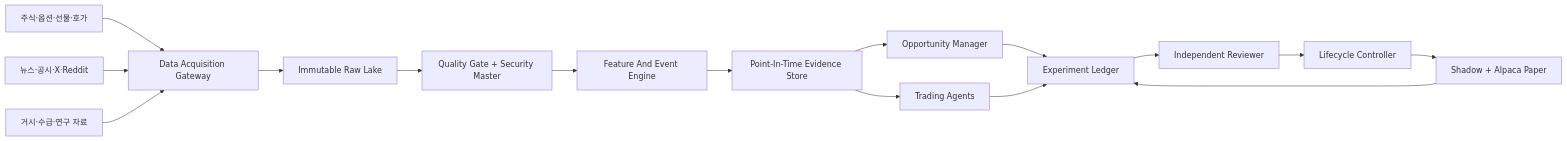
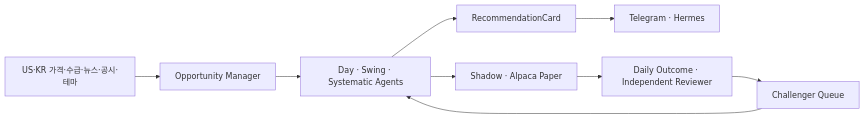
One commit to kysk2295/trading-recommendation-agent changed the diagram in README.md. Above: the diagram before and after it, drawn with Mermaid. The commit also changed other lines of this file and 3 other files, not shown here.

````diff
--- a/README.md
+++ b/README.md
@@ -25,18 +43,11 @@
 ```mermaid
 flowchart LR
-    A["주식·옵션·선물·호가"] --> G["Data Acquisition Gateway"]
-    B["뉴스·공시·X·Reddit"] --> G
-    C["거시·수급·연구 자료"] --> G
-    G --> R["Immutable Raw Lake"]
-    R --> N["Quality Gate + Security Master"]
-    N --> F["Feature And Event Engine"]
-    F --> P["Point-In-Time Evidence Store"]
-    P --> O["Opportunity Manager"]
-    P --> T["Trading Agents"]
-    O --> E["Experiment Ledger"]
-    T --> E
-    E --> V["Independent Reviewer"]
-    V --> L["Lifecycle Controller"]
-    L --> X["Shadow + Alpaca Paper"]
-    X --> E
+    D["US·KR 가격·수급·뉴스·공시·테마"] --> O["Opportunity Manager"]
+    O --> A["Day · Swing · Systematic Agents"]
+    A --> C["RecommendationCard"]
+    C --> H["Telegram · Hermes"]
+    A --> X["Shadow · Alpaca Paper"]
+    X --> R["Daily Outcome · Independent Reviewer"]
+    R --> Q["Challenger Queue"]
+    Q --> A
 ```
````
